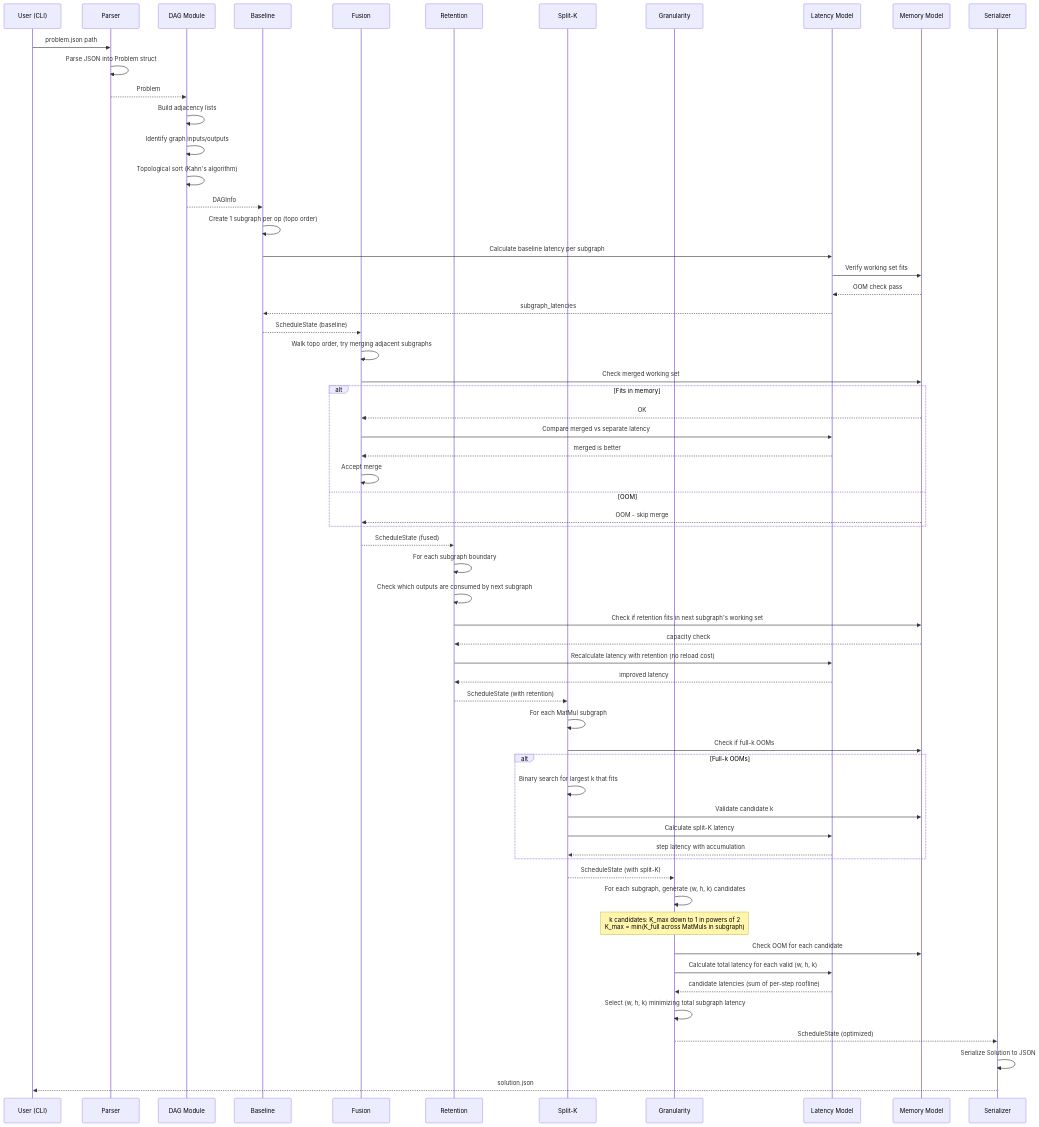
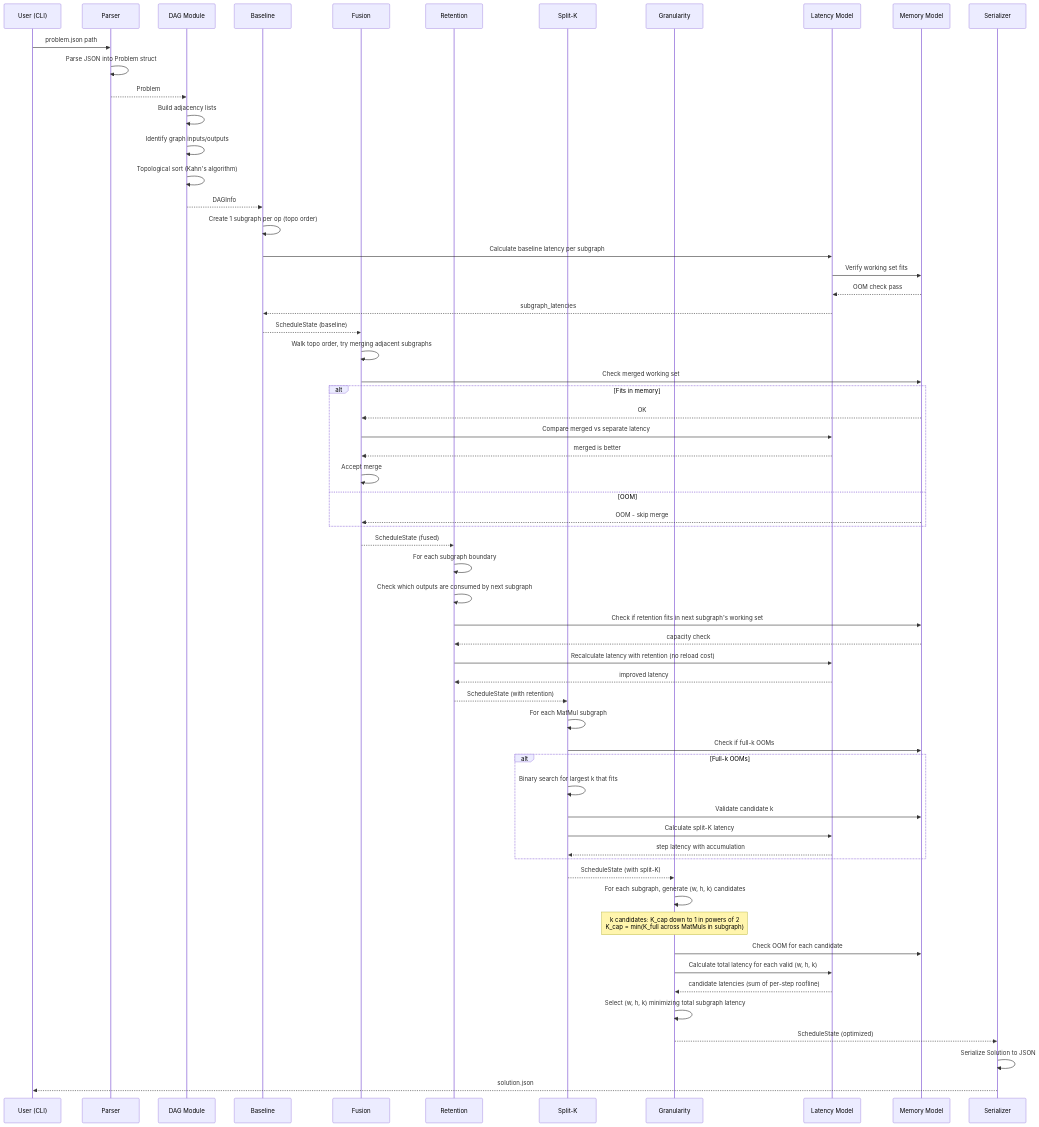
The first of 4 diagrams in solution/docs/architecture/data-flow.md (melroyanthony/MLSys), drawn with Mermaid before and after one commit. The commit also changed other lines of this file and 5 other files, not shown here.

````diff
--- a/solution/docs/architecture/data-flow.md
+++ b/solution/docs/architecture/data-flow.md
@@ -5,71 +5,71 @@
 ```mermaid
 sequenceDiagram
     participant U as User (CLI)
     participant P as Parser
     participant D as DAG Module
     participant B as Baseline
     participant F as Fusion
     participant R as Retention
     participant S as Split-K
     participant G as Granularity
     participant L as Latency Model
     participant M as Memory Model
     participant W as Serializer
 
     U->>P: problem.json path
     P->>P: Parse JSON into Problem struct
     P-->>D: Problem
 
     D->>D: Build adjacency lists
     D->>D: Identify graph inputs/outputs
     D->>D: Topological sort (Kahn's algorithm)
     D-->>B: DAGInfo
 
     B->>B: Create 1 subgraph per op (topo order)
     B->>L: Calculate baseline latency per subgraph
     L->>M: Verify working set fits
     M-->>L: OOM check pass
     L-->>B: subgraph_latencies
     B-->>F: ScheduleState (baseline)
 
     F->>F: Walk topo order, try merging adjacent subgraphs
     F->>M: Check merged working set
     alt Fits in memory
         M-->>F: OK
         F->>L: Compare merged vs separate latency
         L-->>F: merged is better
         F->>F: Accept merge
     else OOM
         M-->>F: OOM - skip merge
     end
     F-->>R: ScheduleState (fused)
 
     R->>R: For each subgraph boundary
     R->>R: Check which outputs are consumed by next subgraph
     R->>M: Check if retention fits in next subgraph's working set
     M-->>R: capacity check
     R->>L: Recalculate latency with retention (no reload cost)
     L-->>R: improved latency
     R-->>S: ScheduleState (with retention)
 
     S->>S: For each MatMul subgraph
     S->>M: Check if full-k OOMs
     alt Full-k OOMs
         S->>S: Binary search for largest k that fits
         S->>M: Validate candidate k
         S->>L: Calculate split-K latency
         L-->>S: step latency with accumulation
     end
     S-->>G: ScheduleState (with split-K)
 
     G->>G: For each subgraph, generate (w, h, k) candidates
-    Note over G: k candidates: K_max down to 1 in powers of 2<br/>K_max = min(K_full across MatMuls in subgraph)
+    Note over G: k candidates: K_cap down to 1 in powers of 2<br/>K_cap = min(K_full across MatMuls in subgraph)
     G->>M: Check OOM for each candidate
     G->>L: Calculate total latency for each valid (w, h, k)
     L-->>G: candidate latencies (sum of per-step roofline)
     G->>G: Select (w, h, k) minimizing total subgraph latency
     G-->>W: ScheduleState (optimized)
 
     W->>W: Serialize Solution to JSON
     W-->>U: solution.json
 ```
````
